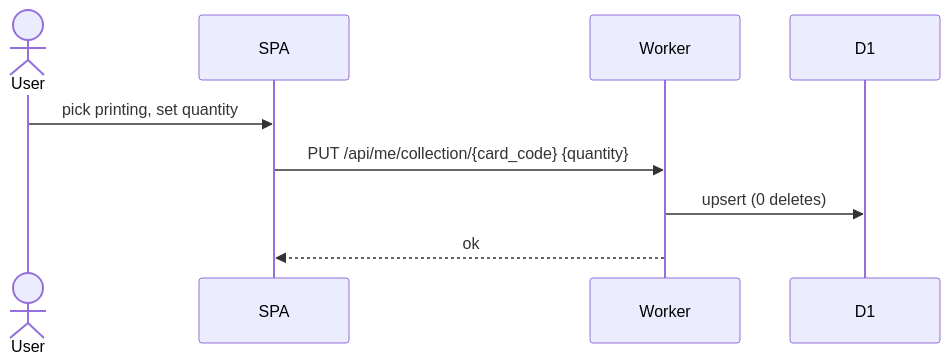
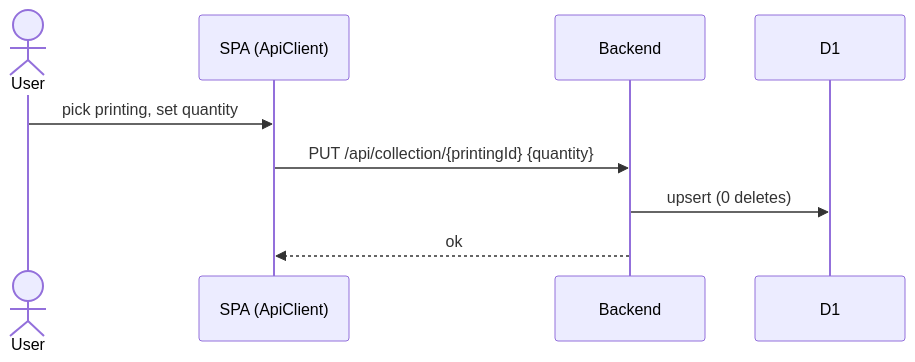
The fifth of 7 diagrams in docs/03-data-and-flows.md (NichAnti/runebinder), drawn with Mermaid before and after one commit. The commit also changed other lines of this file and 3 other files, not shown here.

````diff
--- a/docs/03-data-and-flows.md
+++ b/docs/03-data-and-flows.md
@@ -128,11 +174,11 @@
 ```mermaid
 sequenceDiagram
   actor U as User
-  participant S as SPA
-  participant W as Worker
+  participant S as SPA (ApiClient)
+  participant W as Backend
   participant DB as D1
   U->>S: pick printing, set quantity
-  S->>W: PUT /api/me/collection/{card_code} {quantity}
+  S->>W: PUT /api/collection/{printingId} {quantity}
   W->>DB: upsert (0 deletes)
   W-->>S: ok
 ```
````
